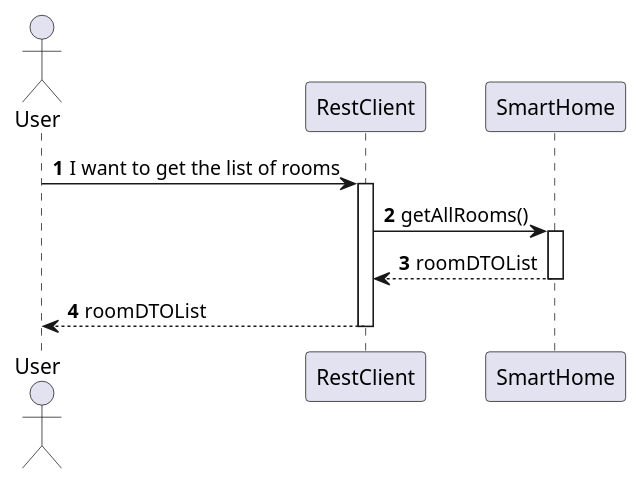
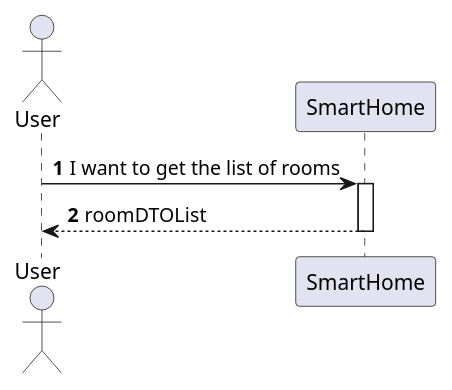
One commit to olivDiogo/SmartHome changed the diagram in docs/ooa/C4_4plus1_models/Level1/ProcessView/ProcessViewLevel1_UC03.puml. Above: the diagram before and after it, drawn with PlantUML. The commit also changed 119 other files, not shown here.

Commit message:
docs: added Process View diagrams for UC16 (US37) - #490

```diff
--- a/docs/ooa/C4_4plus1_models/Level1/ProcessView/ProcessViewLevel1_UC03.puml
+++ b/docs/ooa/C4_4plus1_models/Level1/ProcessView/ProcessViewLevel1_UC03.puml
@@ -1,26 +1,18 @@
 @startuml
 'https://plantuml.com/sequence-diagram
 !pragma layout smetana
 
 autonumber
 
 actor "User" as User
-participant "RestClient" as RC
 participant "SmartHome" as SH
 
-
-User -> RC : I want to get the list of rooms
-activate RC
-
-RC -> SH : getAllRooms()
+User -> SH : I want to get the list of rooms
 activate SH
 
-SH --> RC : roomDTOList
+SH --> User : roomDTOList
 deactivate SH
-
-RC --> User : roomDTOList
-deactivate RC
 
 
 
 @enduml
```
